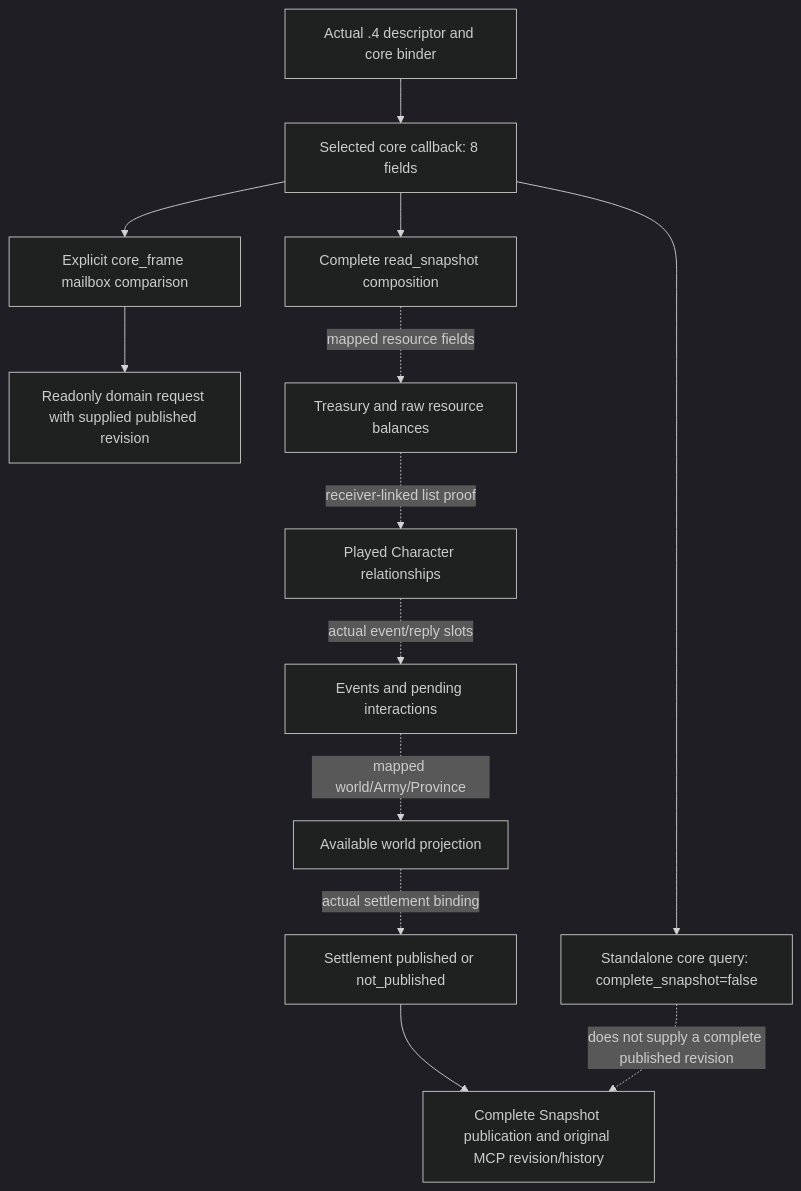
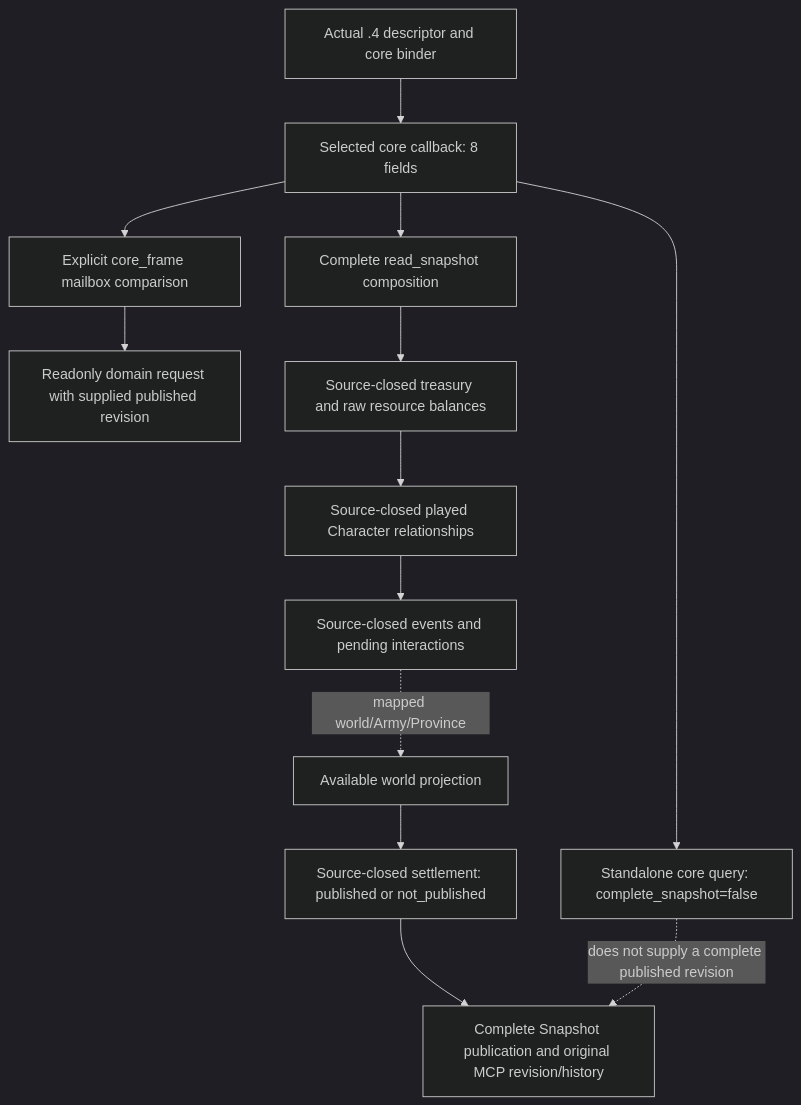
The diagram in docs/ck3-native-ai/ck3-1.20.0.4-snapshot-and-query-composition.md (XenoAmess/ck3_eternal_recurrence), drawn with Mermaid (dark theme) before and after one commit. The commit also changed other lines of this file and 3 other files, not shown here.

````diff
--- a/docs/ck3-native-ai/ck3-1.20.0.4-snapshot-and-query-composition.md
+++ b/docs/ck3-native-ai/ck3-1.20.0.4-snapshot-and-query-composition.md
@@ -22,15 +22,15 @@
 ```mermaid
 flowchart TD
     P[Actual .4 descriptor and core binder] --> C[Selected core callback: 8 fields]
     C --> K[Standalone core query: complete_snapshot=false]
     C --> E[Explicit core_frame mailbox comparison]
     E --> R[Readonly domain request with supplied published revision]
     C --> F[Complete read_snapshot composition]
-    F -. mapped resource fields .-> B[Treasury and raw resource balances]
-    B -. receiver-linked list proof .-> H[Played Character relationships]
-    H -. actual event/reply slots .-> V[Events and pending interactions]
+    F --> B[Source-closed treasury and raw resource balances]
+    B --> H[Source-closed played Character relationships]
+    H --> V[Source-closed events and pending interactions]
     V -. mapped world/Army/Province .-> W[Available world projection]
-    W -. actual settlement binding .-> S[Settlement published or not_published]
+    W --> S[Source-closed settlement: published or not_published]
     S --> Q[Complete Snapshot publication and original MCP revision/history]
     K -. does not supply a complete published revision .-> Q
 ```
````
